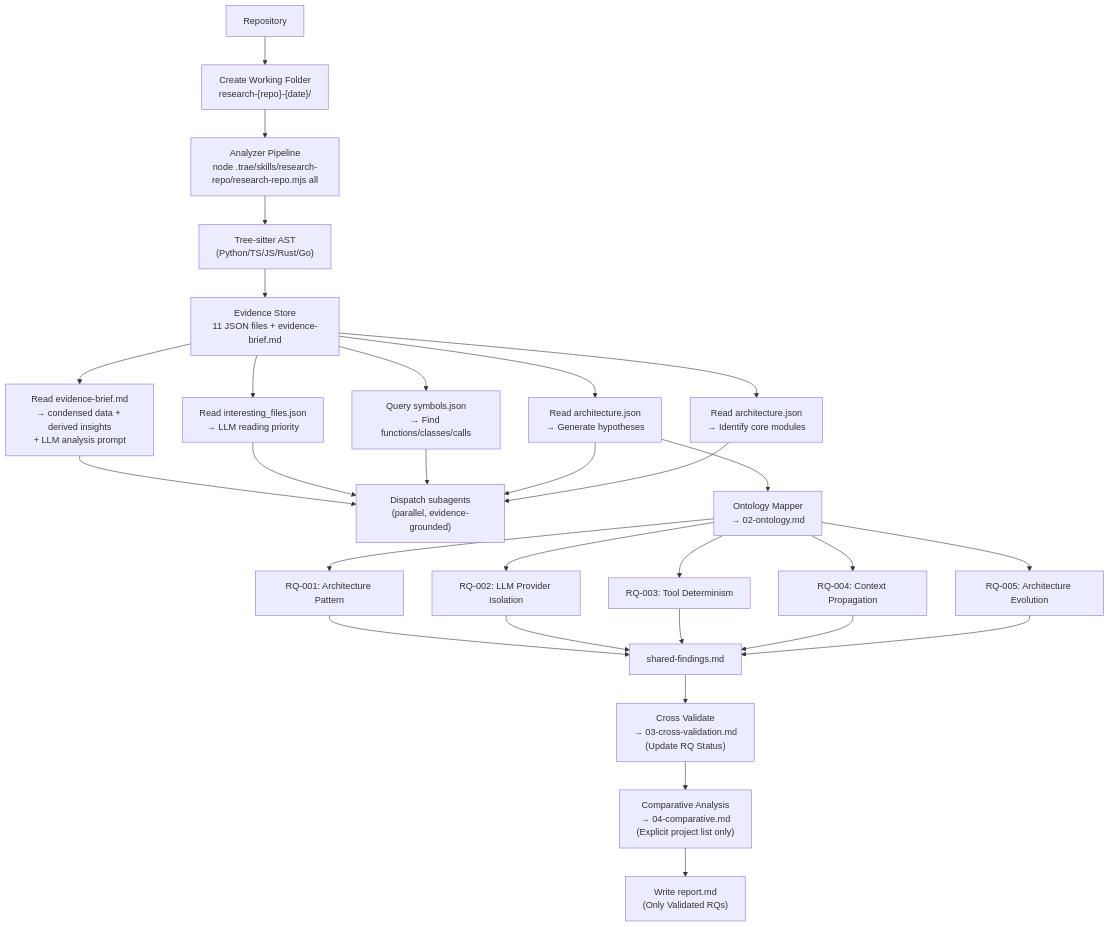
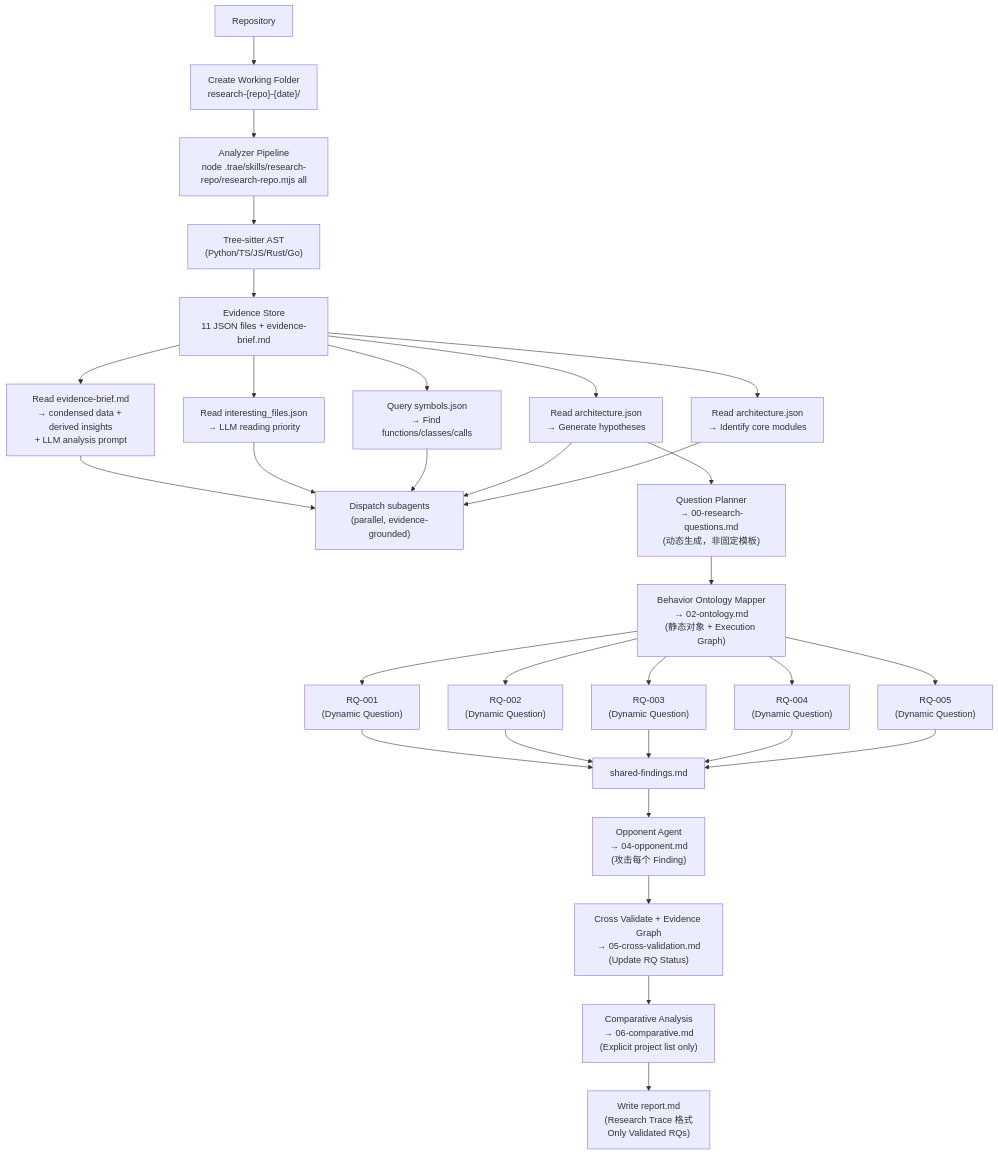
The third of 3 diagrams in .trae/skills/research-repo/SKILL.md (devweekly/devweekly.github.io), drawn with Mermaid before and after one commit. The commit also changed other lines of this file and 15 other files, not shown here.

````diff
--- a/.trae/skills/research-repo/SKILL.md
+++ b/.trae/skills/research-repo/SKILL.md
@@ -493,40 +501,44 @@
 ```mermaid
 flowchart TD
   A[Repository] --> WF["Create Working Folder<br/>research-{repo}-{date}/"]
   WF --> DA["Analyzer Pipeline<br/>node .trae/skills/research-repo/research-repo.mjs all"]
 
   DA --> TS["Tree-sitter AST<br/>(Python/TS/JS/Rust/Go)"]
   TS --> ES["Evidence Store<br/>11 JSON files + evidence-brief.md"]
 
   ES --> BRIEF["Read evidence-brief.md<br/>→ condensed data + derived insights<br/>+ LLM analysis prompt"]
   ES --> RANK["Read interesting_files.json<br/>→ LLM reading priority"]
   ES --> SYM["Query symbols.json<br/>→ Find functions/classes/calls"]
   ES --> HYP["Read architecture.json<br/>→ Generate hypotheses"]
   ES --> ARCH["Read architecture.json<br/>→ Identify core modules"]
 
   BRIEF --> E["Dispatch subagents<br/>(parallel, evidence-grounded)"]
   RANK --> E
   SYM --> E
   HYP --> E
   ARCH --> E
 
-  HYP --> ONT["Ontology Mapper<br/>→ 02-ontology.md"]
+  HYP --> QP["Question Planner<br/>→ 00-research-questions.md<br/>(动态生成，非固定模板)"]
 
-  ONT --> RQ1["RQ-001: Architecture Pattern"]
-  ONT --> RQ2["RQ-002: LLM Provider Isolation"]
-  ONT --> RQ3["RQ-003: Tool Determinism"]
-  ONT --> RQ4["RQ-004: Context Propagation"]
-  ONT --> RQ5["RQ-005: Architecture Evolution"]
+  QP --> ONT["Behavior Ontology Mapper<br/>→ 02-ontology.md<br/>(静态对象 + Execution Graph)"]
+
+  ONT --> RQ1["RQ-001<br/>(Dynamic Question)"]
+  ONT --> RQ2["RQ-002<br/>(Dynamic Question)"]
+  ONT --> RQ3["RQ-003<br/>(Dynamic Question)"]
+  ONT --> RQ4["RQ-004<br/>(Dynamic Question)"]
+  ONT --> RQ5["RQ-005<br/>(Dynamic Question)"]
 
   RQ1 --> SF["shared-findings.md"]
   RQ2 --> SF
   RQ3 --> SF
   RQ4 --> SF
   RQ5 --> SF
 
-  SF --> F["Cross Validate<br/>→ 03-cross-validation.md<br/>(Update RQ Status)"]
+  SF --> OPP["Opponent Agent<br/>→ 04-opponent.md<br/>(攻击每个 Finding)"]
 
-  F --> CA["Comparative Analysis<br/>→ 04-comparative.md<br/>(Explicit project list only)"]
+  OPP --> F["Cross Validate + Evidence Graph<br/>→ 05-cross-validation.md<br/>(Update RQ Status)"]
 
-  CA --> M["Write report.md<br/>(Only Validated RQs)"]
+  F --> CA["Comparative Analysis<br/>→ 06-comparative.md<br/>(Explicit project list only)"]
+
+  CA --> M["Write report.md<br/>(Research Trace 格式<br/>Only Validated RQs)"]
 ```
````
